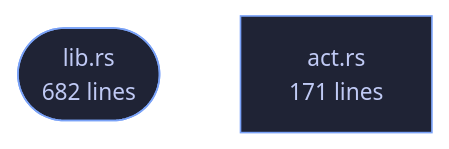
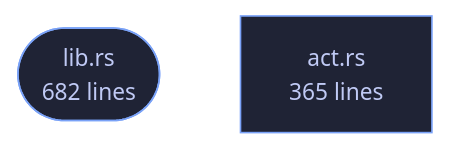
Before and after one commit to tilas01/veilvoice: the diagram in wiki/Crate-veilvoice-failsafe.md, drawn with Mermaid. The commit also changed other lines of this file and 23 other files, not shown here.

````diff
--- a/wiki/Crate-veilvoice-failsafe.md
+++ b/wiki/Crate-veilvoice-failsafe.md
@@ -93,8 +93,8 @@
 ```mermaid
 %%{init: {"theme":"base","themeVariables":{"background":"#1a1b26","primaryColor":"#1f2335","primaryTextColor":"#c0caf5","primaryBorderColor":"#7aa2f7","secondaryColor":"#16161e","tertiaryColor":"#16161e","lineColor":"#737aa2","textColor":"#c0caf5","mainBkg":"#1f2335","nodeBorder":"#7aa2f7","clusterBkg":"#16161e","clusterBorder":"#2f3549","fontFamily":"ui-monospace, SFMono-Regular, Consolas, monospace","fontSize":"14px"}}}%%
 flowchart TD
     n_lib(["lib.rs<br/>682 lines"])
-    n_act["act.rs<br/>171 lines"]
+    n_act["act.rs<br/>365 lines"]
     click n_lib href "https://github.com/tilas01/veilvoice/blob/main/crates/veilvoice-failsafe/src/lib.rs" "open the source"
     click n_act href "https://github.com/tilas01/veilvoice/blob/main/crates/veilvoice-failsafe/src/act.rs" "open the source"
 ```
````
